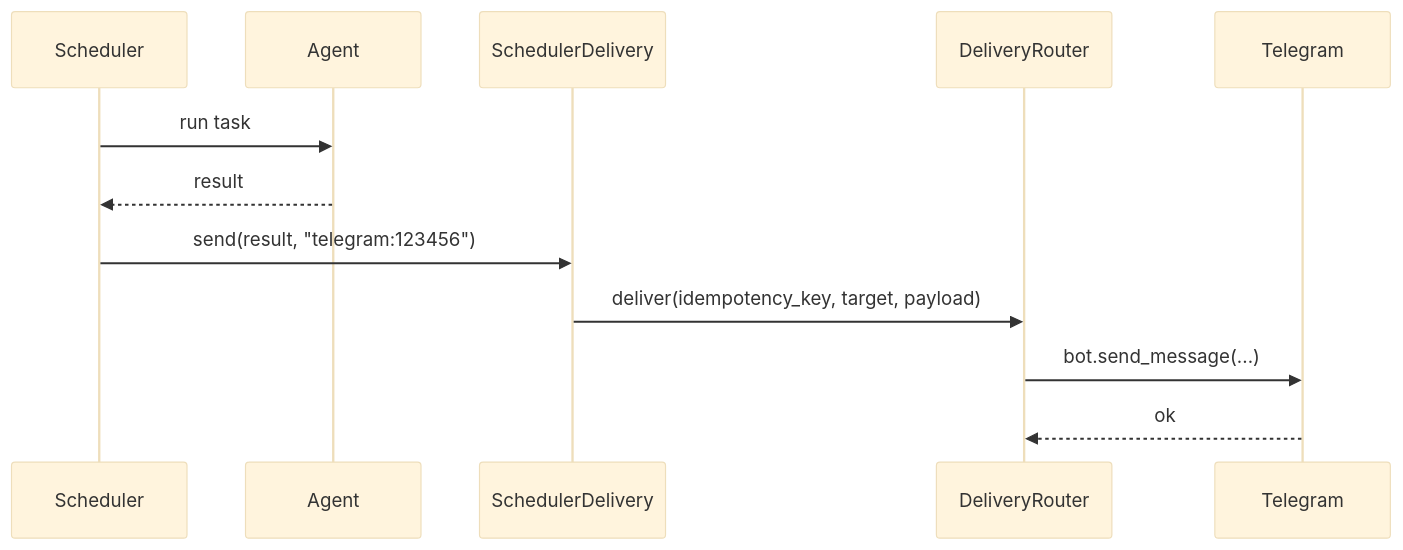
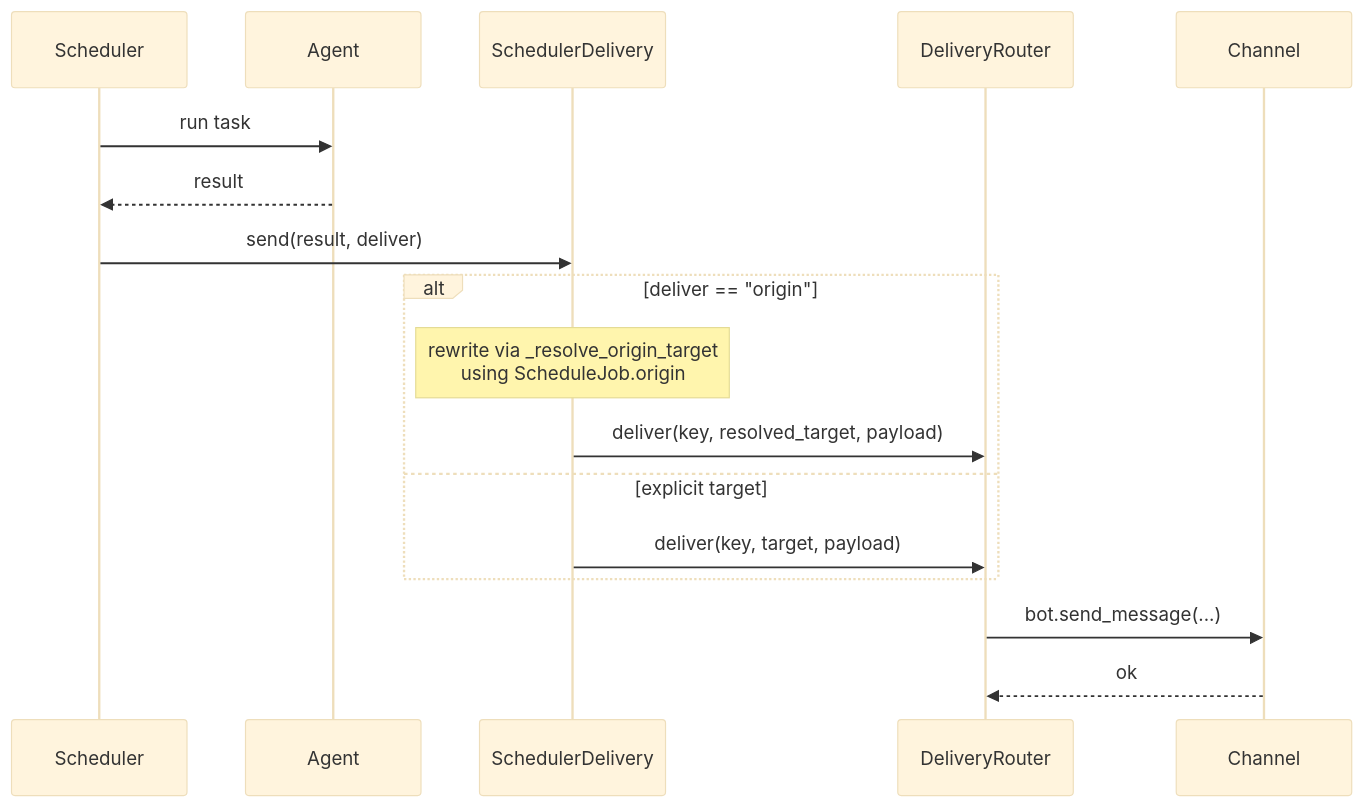
One commit to MervinPraison/PraisonAIDocs changed the fifth of 6 diagrams in docs/features/scheduler-delivery.mdx. Above: the diagram before and after it, drawn with Mermaid (base theme). The commit also changed other lines of this file, not shown here.

Commit message:
docs: correct scheduler deliver="origin" now works on lightweight path (fixes #2115)

````diff
--- a/docs/features/scheduler-delivery.mdx
+++ b/docs/features/scheduler-delivery.mdx
@@ -173,14 +237,20 @@
 ```mermaid
 sequenceDiagram
     participant Scheduler
     participant Agent
     participant SchedulerDelivery
     participant DeliveryRouter
-    participant Telegram
+    participant Channel
+
     Scheduler->>Agent: run task
     Agent-->>Scheduler: result
-    Scheduler->>SchedulerDelivery: send(result, "telegram:123456")
-    SchedulerDelivery->>DeliveryRouter: deliver(idempotency_key, target, payload)
-    DeliveryRouter->>Telegram: bot.send_message(...)
-    Telegram-->>DeliveryRouter: ok
+    Scheduler->>SchedulerDelivery: send(result, deliver)
+    alt deliver == "origin"
+        Note over SchedulerDelivery: rewrite via _resolve_origin_target<br/>using ScheduleJob.origin
+        SchedulerDelivery->>DeliveryRouter: deliver(key, resolved_target, payload)
+    else explicit target
+        SchedulerDelivery->>DeliveryRouter: deliver(key, target, payload)
+    end
+    DeliveryRouter->>Channel: bot.send_message(...)
+    Channel-->>DeliveryRouter: ok
 ```
````
